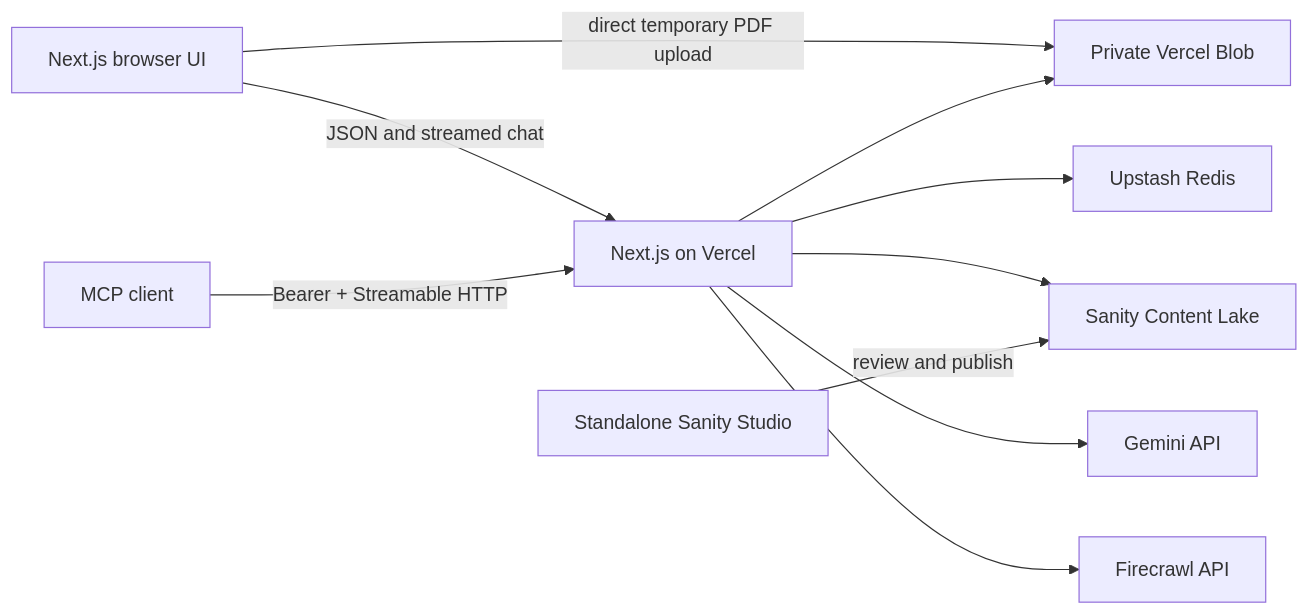
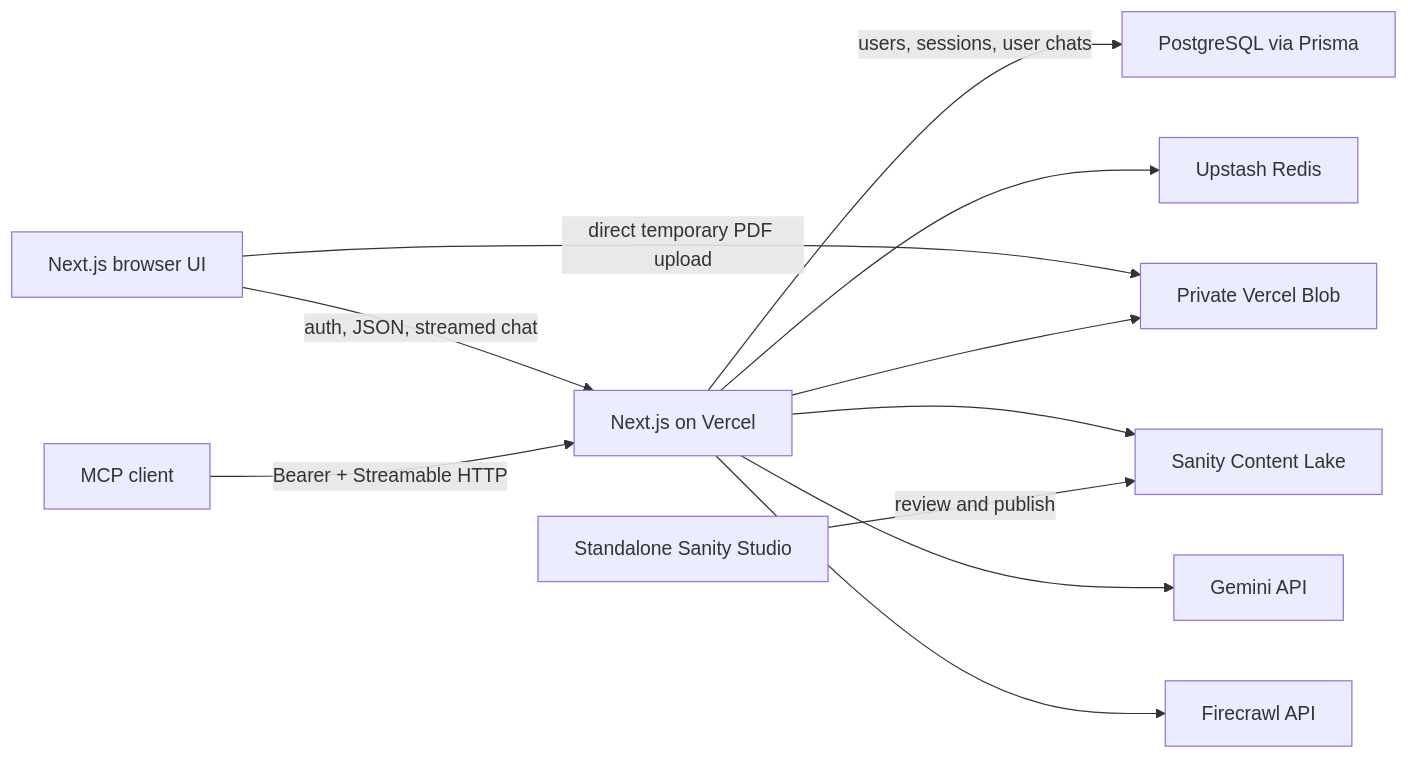
The diagram in docs/01-architecture-overview.md (amit-ksh/veyd), drawn with Mermaid before and after one commit. The commit also changed other lines of this file and 35 other files, not shown here.

Commit message:
feat: setup application foundation with Better-Auth gating and Prisma chat persistence

````diff
--- a/docs/01-architecture-overview.md
+++ b/docs/01-architecture-overview.md
@@ -9,22 +9,24 @@
 ```mermaid
 flowchart LR
   Browser[Next.js browser UI]
   App[Next.js on Vercel]
+  Postgres[PostgreSQL via Prisma]
   Blob[Private Vercel Blob]
   Redis[Upstash Redis]
   Sanity[Sanity Content Lake]
   Studio[Standalone Sanity Studio]
   Gemini[Gemini API]
   Firecrawl[Firecrawl API]
   MCP[MCP client]
 
+  Browser -->|auth, JSON, streamed chat| App
   Browser -->|direct temporary PDF upload| Blob
-  Browser -->|JSON and streamed chat| App
+  App -->|users, sessions, user chats| Postgres
   App --> Redis
   App --> Blob
   App --> Sanity
   App --> Gemini
   App --> Firecrawl
   Studio -->|review and publish| Sanity
   MCP -->|Bearer + Streamable HTTP| App
 ```
````
